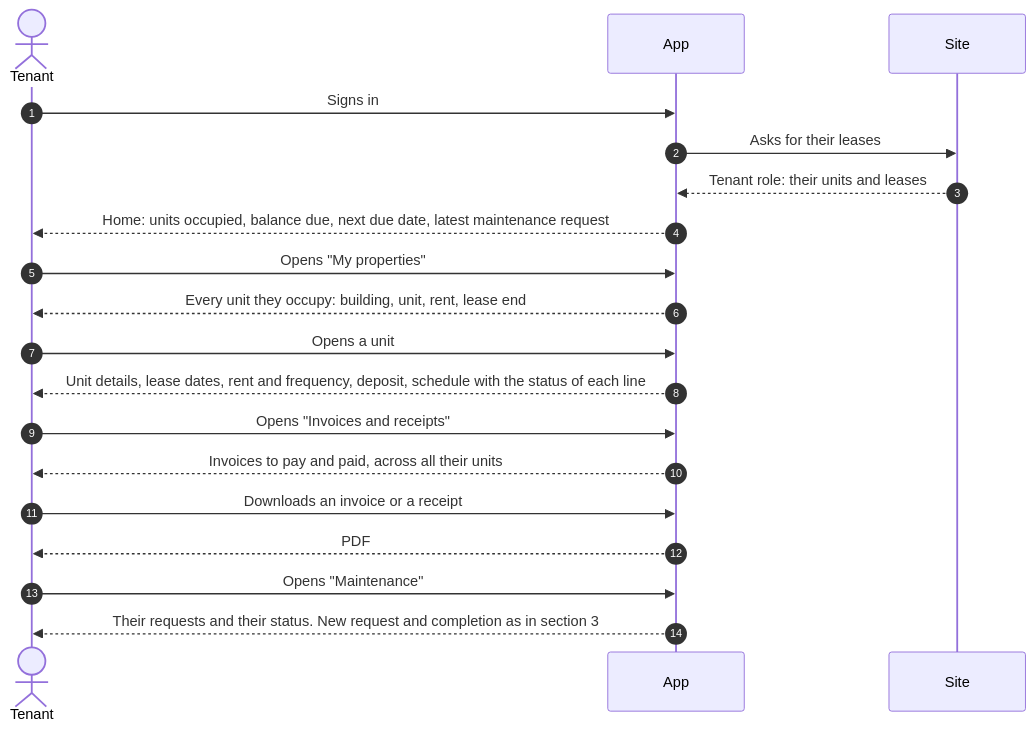
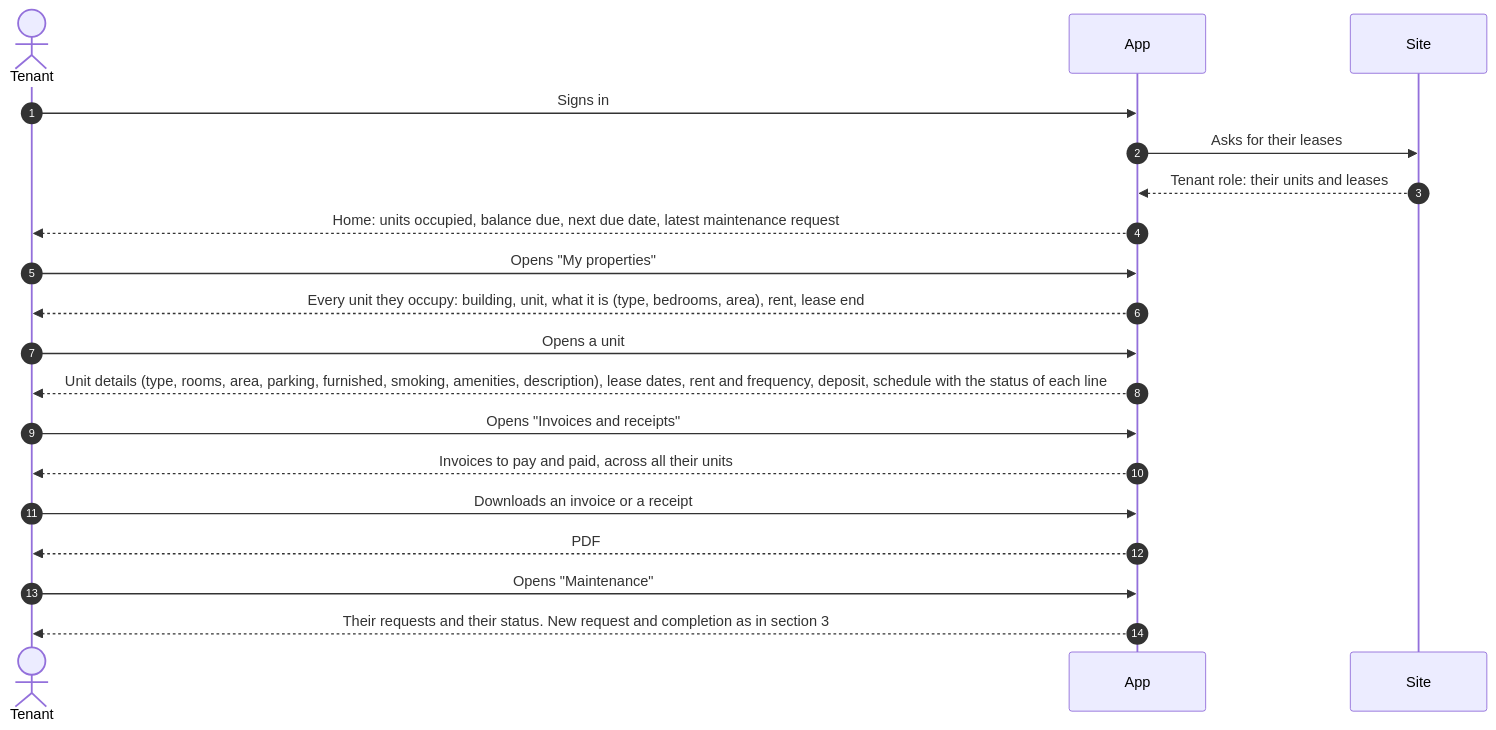
The seventh of 7 diagrams in doc/app-usage-flows-immo.md (skyengpro/skyeng_immo), drawn with Mermaid before and after one commit. The commit also changed other lines of this file and 19 other files, not shown here.

````diff
--- a/doc/app-usage-flows-immo.md
+++ b/doc/app-usage-flows-immo.md
@@ -219,22 +221,22 @@
 ```mermaid
 sequenceDiagram
     autonumber
     actor L as Tenant
     participant A as App
     participant D as Site
 
     L->>A: Signs in
     A->>D: Asks for their leases
     D-->>A: Tenant role: their units and leases
     A-->>L: Home: units occupied, balance due, next due date, latest maintenance request
     L->>A: Opens "My properties"
-    A-->>L: Every unit they occupy: building, unit, rent, lease end
+    A-->>L: Every unit they occupy: building, unit, what it is (type, bedrooms, area), rent, lease end
     L->>A: Opens a unit
-    A-->>L: Unit details, lease dates, rent and frequency, deposit, schedule with the status of each line
+    A-->>L: Unit details (type, rooms, area, parking, furnished, smoking, amenities, description), lease dates, rent and frequency, deposit, schedule with the status of each line
     L->>A: Opens "Invoices and receipts"
     A-->>L: Invoices to pay and paid, across all their units
     L->>A: Downloads an invoice or a receipt
     A-->>L: PDF
     L->>A: Opens "Maintenance"
     A-->>L: Their requests and their status. New request and completion as in section 3
 ```
````
